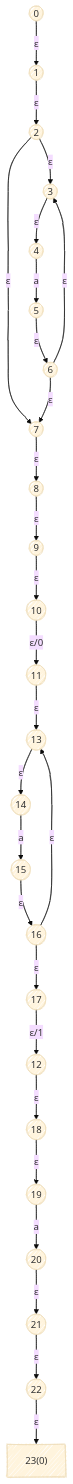
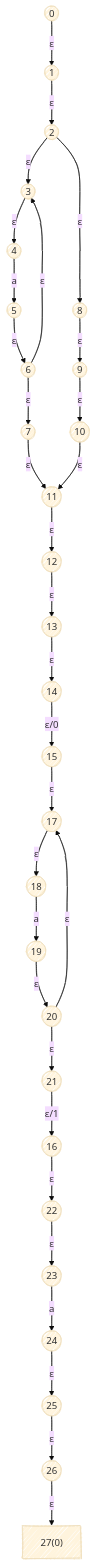
Before and after one commit to moonbitlang/moonlex-old: the diagram in src/lib/tests/__snapshot__/nfa_a_star_capture.md, drawn with Mermaid (base theme). The commit also changed 18 other files, not shown here.

````diff
--- a/src/lib/tests/__snapshot__/nfa_a_star_capture.md
+++ b/src/lib/tests/__snapshot__/nfa_a_star_capture.md
@@ -1,57 +1,65 @@
 ```mermaid
 ---
   config:
     look: handDrawn
 ---
 graph TD
 0-->|"ε"|1
 1-->|"ε"|2
 2-->|"ε"|3
-2-->|"ε"|7
+2-->|"ε"|8
 3-->|"ε"|4
 4-->|"a"|5
 5-->|"ε"|6
 6-->|"ε"|3
 6-->|"ε"|7
-7-->|"ε"|8
+7-->|"ε"|11
 8-->|"ε"|9
 9-->|"ε"|10
-10-->|"ε/0"|11
-11-->|"ε"|13
-12-->|"ε"|18
+10-->|"ε"|11
+11-->|"ε"|12
+12-->|"ε"|13
 13-->|"ε"|14
-14-->|"a"|15
-15-->|"ε"|16
-16-->|"ε"|13
-16-->|"ε"|17
-17-->|"ε/1"|12
-18-->|"ε"|19
-19-->|"a"|20
+14-->|"ε/0"|15
+15-->|"ε"|17
+16-->|"ε"|22
+17-->|"ε"|18
+18-->|"a"|19
+19-->|"ε"|20
+20-->|"ε"|17
 20-->|"ε"|21
-21-->|"ε"|22
+21-->|"ε/1"|16
 22-->|"ε"|23
+23-->|"a"|24
+24-->|"ε"|25
+25-->|"ε"|26
+26-->|"ε"|27
 0((0))
 1((1))
 2((2))
 3((3))
 4((4))
 5((5))
 6((6))
 7((7))
 8((8))
 9((9))
 10((10))
 11((11))
 12((12))
 13((13))
 14((14))
 15((15))
 16((16))
 17((17))
 18((18))
 19((19))
 20((20))
 21((21))
 22((22))
-23["23(0)"]
+23((23))
+24((24))
+25((25))
+26((26))
+27["27(0)"]
 ```
````
